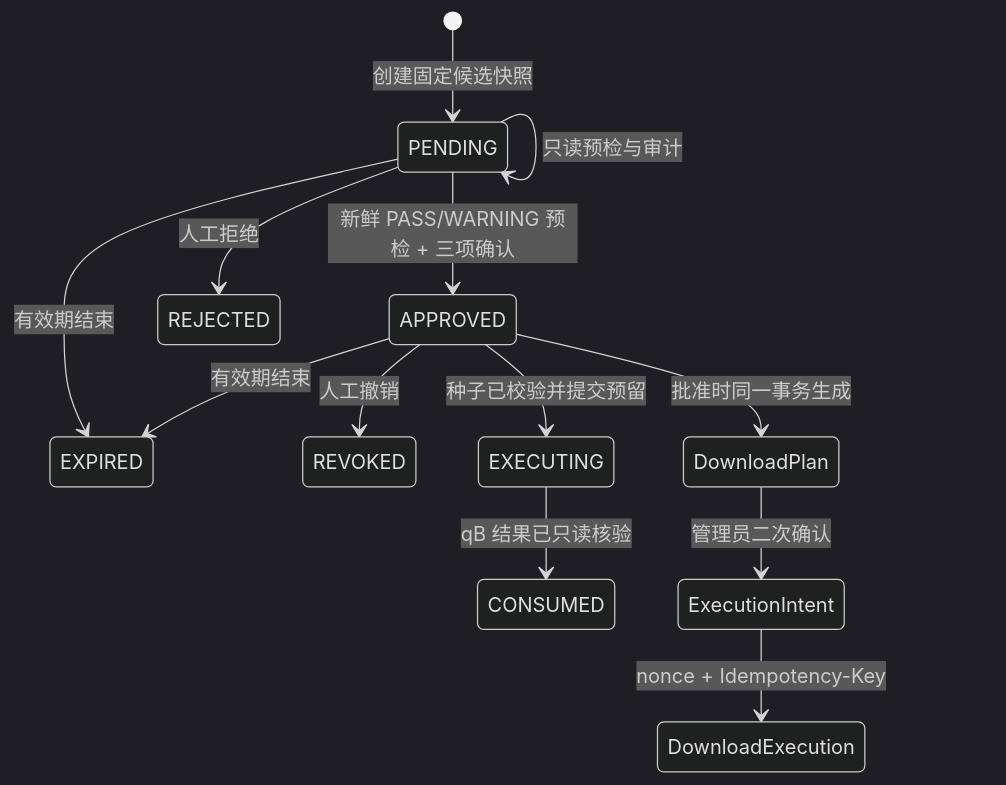
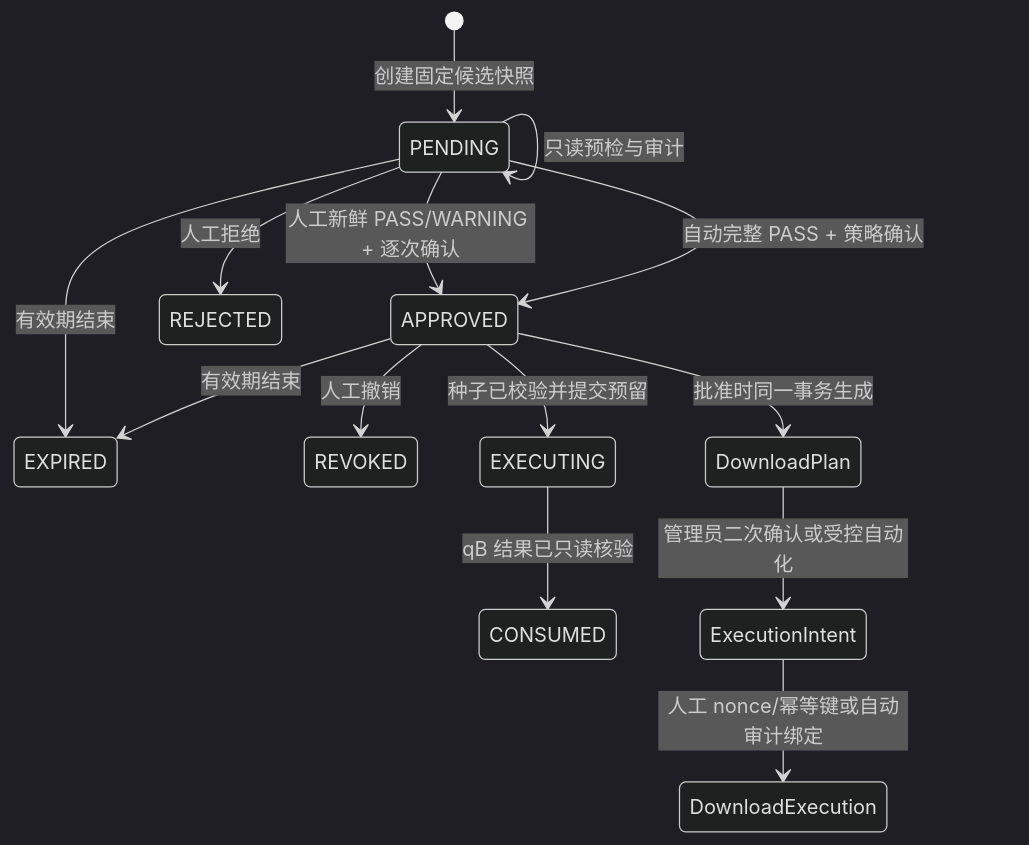
One commit to Guanerdie/LibSeek changed the second of 2 diagrams in docs/architecture.md. Above: the diagram before and after it, drawn with Mermaid (dark theme). The commit also changed other lines of this file and 58 other files, not shown here.

````diff
--- a/docs/architecture.md
+++ b/docs/architecture.md
@@ -72,15 +115,16 @@
 ```mermaid
 stateDiagram-v2
   [*] --> PENDING: 创建固定候选快照
   PENDING --> PENDING: 只读预检与审计
-  PENDING --> APPROVED: 新鲜 PASS/WARNING 预检 + 三项确认
+  PENDING --> APPROVED: 人工新鲜 PASS/WARNING + 逐次确认
+  PENDING --> APPROVED: 自动完整 PASS + 策略确认
   PENDING --> REJECTED: 人工拒绝
   PENDING --> EXPIRED: 有效期结束
   APPROVED --> REVOKED: 人工撤销
   APPROVED --> EXPIRED: 有效期结束
   APPROVED --> DownloadPlan: 批准时同一事务生成
   APPROVED --> EXECUTING: 种子已校验并提交预留
   EXECUTING --> CONSUMED: qB 结果已只读核验
-  DownloadPlan --> ExecutionIntent: 管理员二次确认
-  ExecutionIntent --> DownloadExecution: nonce + Idempotency-Key
+  DownloadPlan --> ExecutionIntent: 管理员二次确认或受控自动化
+  ExecutionIntent --> DownloadExecution: 人工 nonce/幂等键或自动审计绑定
 ```
````
